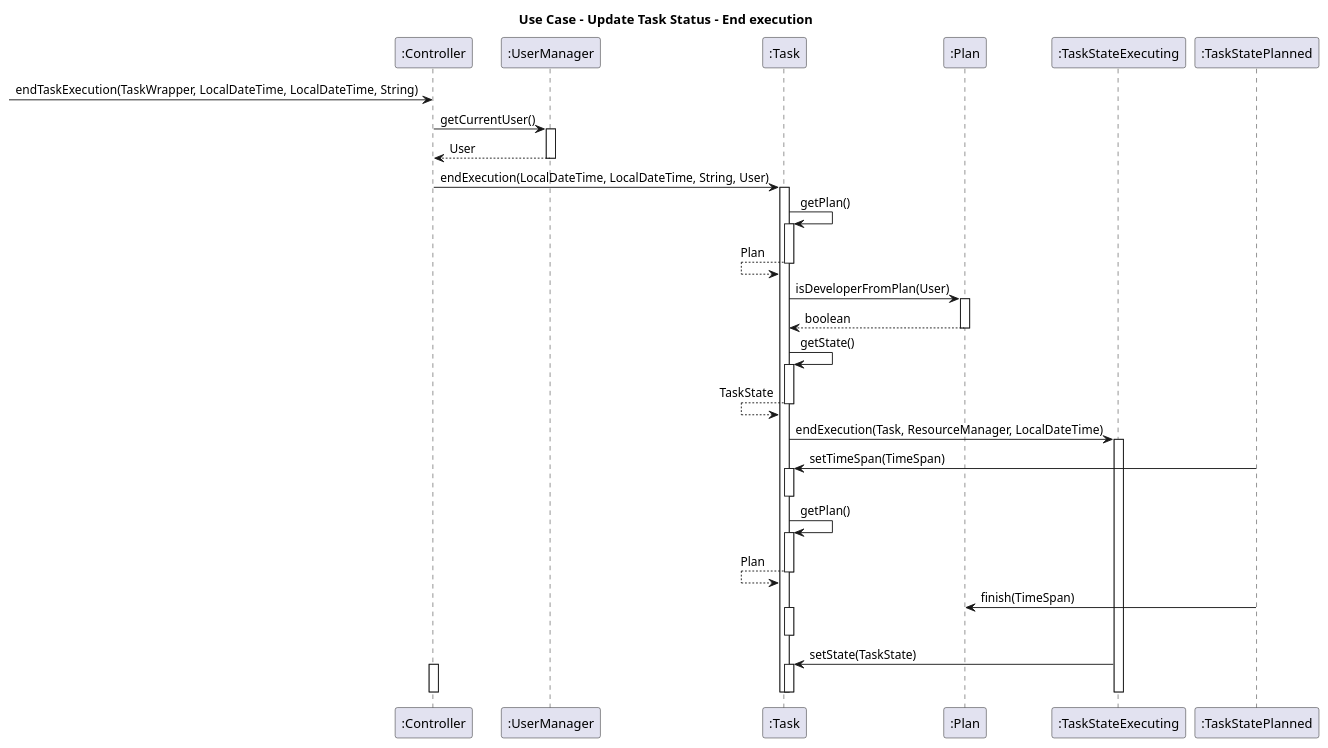
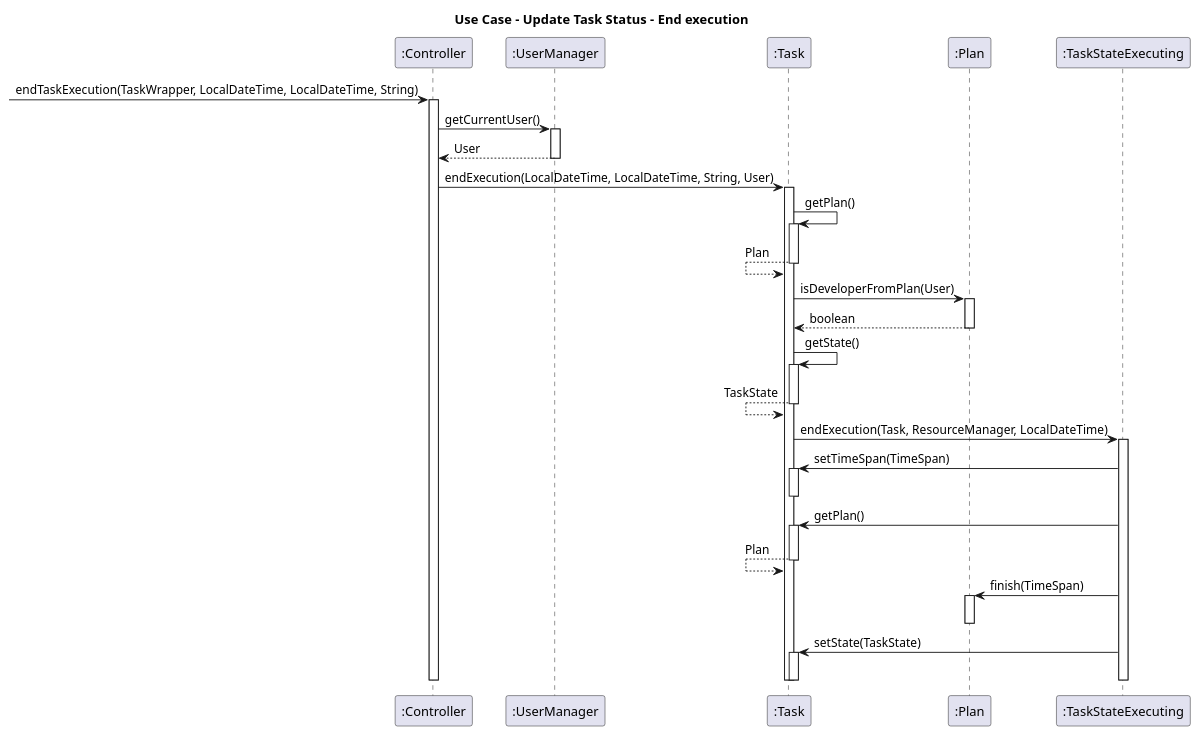
One commit to julienbenaouda/projectJJA changed the diagram in diagrams/sequence_diagrams/UC 6 - Update Task Status - End execution.plantuml. Above: the diagram before and after it, drawn with PlantUML. The commit also changed 1 other file, not shown here.

Commit message:
add diagram

```diff
--- a/diagrams/sequence_diagrams/UC 6 - Update Task Status - End execution.plantuml
+++ b/diagrams/sequence_diagrams/UC 6 - Update Task Status - End execution.plantuml
@@ -1,58 +1,57 @@
 @startuml
 
 title "Use Case - Update Task Status - End execution"
 
 -> ":Controller": endTaskExecution(TaskWrapper, LocalDateTime, LocalDateTime, String)
+activate ":Controller"
 
 ":Controller" -> ":UserManager": getCurrentUser()
 activate ":UserManager"
 ":Controller" <-- ":UserManager": User
 deactivate ":UserManager"
 
 ":Controller" -> ":Task": endExecution(LocalDateTime, LocalDateTime, String, User)
 activate ":Task"
 
 ":Task" -> ":Task": getPlan()
 activate ":Task"
 ":Task" <-- ":Task": Plan
 deactivate ":Task"
 
 ":Task" -> ":Plan": isDeveloperFromPlan(User)
 activate ":Plan"
 ":Task" <-- ":Plan": boolean
 deactivate ":Plan"
 
 ":Task" -> ":Task": getState()
 activate ":Task"
 ":Task" <-- ":Task": TaskState
 deactivate ":Task"
 
 ":Task" -> ":TaskStateExecuting": endExecution(Task, ResourceManager, LocalDateTime)
 activate ":TaskStateExecuting"
 
-":TaskStatePlanned" -> ":Task": setTimeSpan(TimeSpan)
+":TaskStateExecuting" -> ":Task": setTimeSpan(TimeSpan)
 activate ":Task"
 deactivate ":Task"
 
-":Task" -> ":Task": getPlan()
+":TaskStateExecuting" -> ":Task": getPlan()
 activate ":Task"
 ":Task" <-- ":Task": Plan
 deactivate ":Task"
 
-":TaskStatePlanned" -> ":Plan": finish(TimeSpan)
-activate ":Task"
-deactivate ":Task"
+":TaskStateExecuting" -> ":Plan": finish(TimeSpan)
+activate ":Plan"
+deactivate ":Plan"
 
 ":TaskStateExecuting" -> ":Task": setState(TaskState)
 activate ":Task"
 deactivate ":Task"
 
 deactivate ":TaskStateExecuting"
 
 deactivate ":Task"
 
-activate ":Controller"
-
 deactivate ":Controller"
 
 @enduml
```
